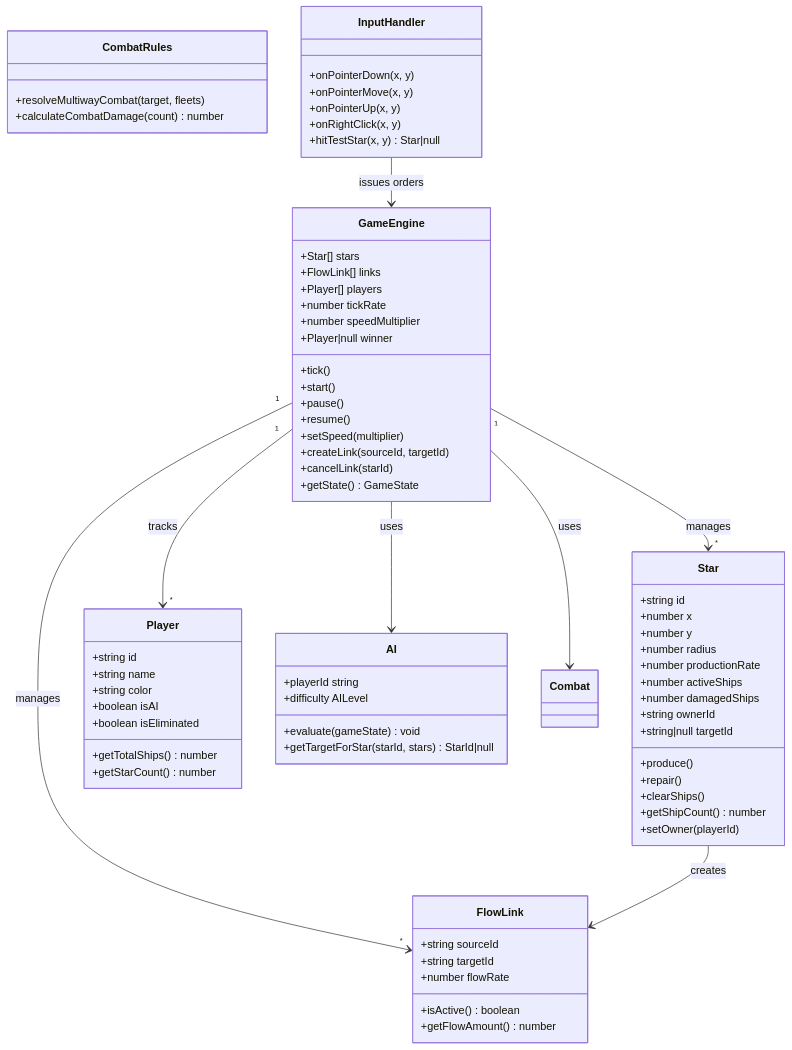
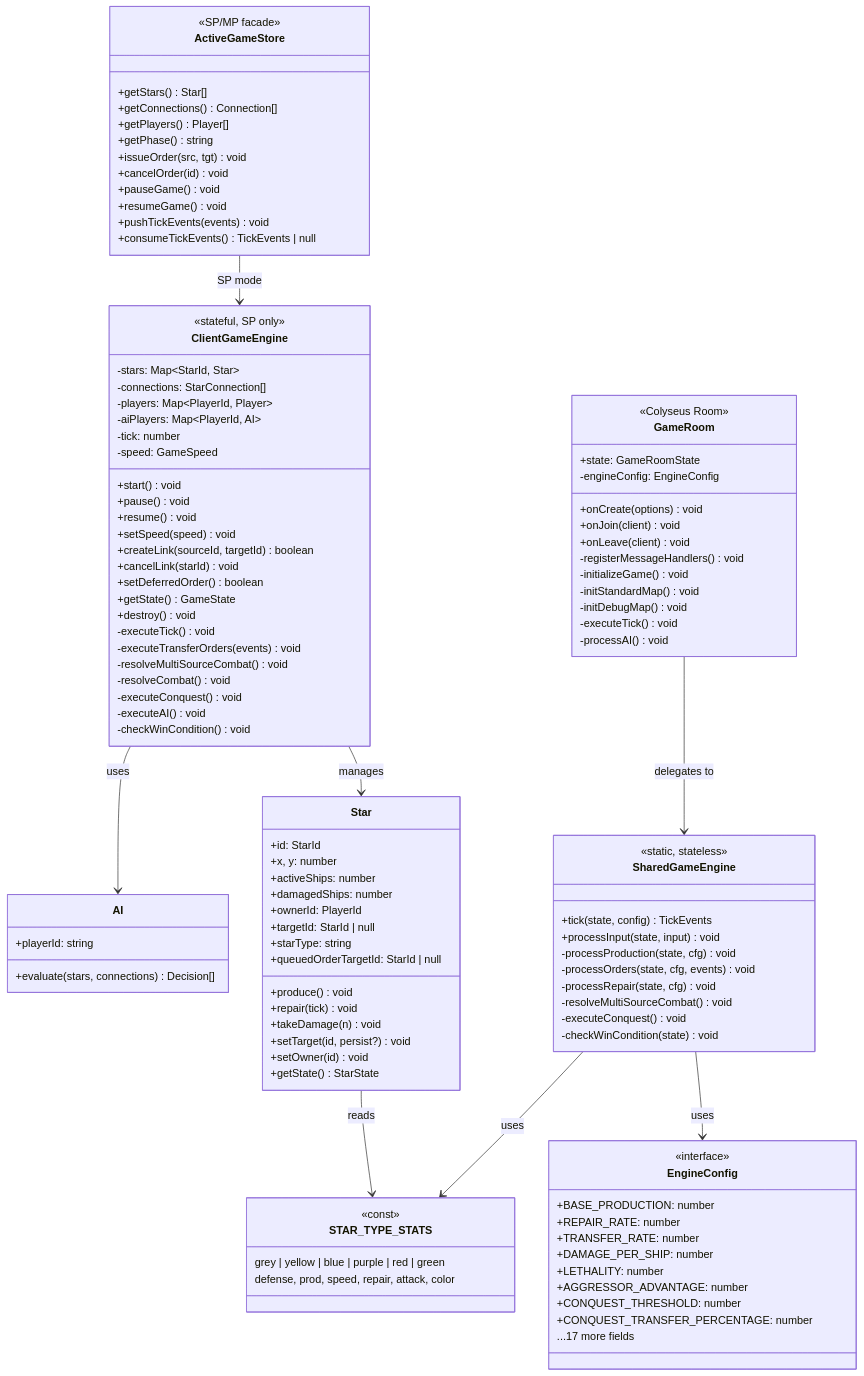
One commit to mikepeiman/pax-fluxia changed the diagram in .atlas/01_ASSET_INVENTORY.md. Above: the diagram before and after it, drawn with Mermaid. The commit also changed other lines of this file and 5 other files, not shown here.

Commit message:
docs: Atlas-first engine unification  update current state, create target state docs

````diff
--- a/.atlas/01_ASSET_INVENTORY.md
+++ b/.atlas/01_ASSET_INVENTORY.md
@@ -10,82 +10,124 @@
 ```mermaid
 classDiagram
-    class GameEngine {
-        +Star[] stars
-        +FlowLink[] links
-        +Player[] players
-        +number tickRate
-        +number speedMultiplier
-        +Player|null winner
-        +tick()
-        +start()
-        +pause()
-        +resume()
-        +setSpeed(multiplier)
-        +createLink(sourceId, targetId)
-        +cancelLink(starId)
+    direction TB
+
+    %% Common Package (@pax/common)
+    class SharedGameEngine {
+        <<static, stateless>>
+        +tick(state, config) TickEvents
+        +processInput(state, input) void
+        -processProduction(state, cfg) void
+        -processOrders(state, cfg, events) void
+        -processRepair(state, cfg) void
+        -resolveMultiSourceCombat() void
+        -executeConquest() void
+        -checkWinCondition(state) void
+    }
+
+    class EngineConfig {
+        <<interface>>
+        +BASE_PRODUCTION: number
+        +REPAIR_RATE: number
+        +TRANSFER_RATE: number
+        +DAMAGE_PER_SHIP: number
+        +LETHALITY: number
+        +AGGRESSOR_ADVANTAGE: number
+        +CONQUEST_THRESHOLD: number
+        +CONQUEST_TRANSFER_PERCENTAGE: number
+        ...17 more fields
+    }
+
+    class STAR_TYPE_STATS {
+        <<const>>
+        grey | yellow | blue | purple | red | green
+        defense, prod, speed, repair, attack, color
+    }
+
+    %% Client Package (pax-fluxia)
+    class ClientGameEngine {
+        <<stateful, SP only>>
+        -stars: Map~StarId, Star~
+        -connections: StarConnection[]
+        -players: Map~PlayerId, Player~
+        -aiPlayers: Map~PlayerId, AI~
+        -tick: number
+        -speed: GameSpeed
+        +start() void
+        +pause() void
+        +resume() void
+        +setSpeed(speed) void
+        +createLink(sourceId, targetId) boolean
+        +cancelLink(starId) void
+        +setDeferredOrder() boolean
         +getState() GameState
+        +destroy() void
+        -executeTick() void
+        -executeTransferOrders(events) void
+        -resolveMultiSourceCombat() void
+        -resolveCombat() void
+        -executeConquest() void
+        -executeAI() void
+        -checkWinCondition() void
     }
 
     class Star {
-        +string id
-        +number x
-        +number y
-        +number radius
-        +number productionRate
-        +number activeShips
-        +number damagedShips
-        +string ownerId
-        +string|null targetId
-        +produce()
-        +repair()
-        +clearShips()
-        +getShipCount() number
-        +setOwner(playerId)
-    }
-
-    class FlowLink {
-        +string sourceId
-        +string targetId
-        +number flowRate
-        +isActive() boolean
-        +getFlowAmount() number
-    }
-
-    class Player {
-        +string id
-        +string name
-        +string color
-        +boolean isAI
-        +boolean isEliminated
-        +getTotalShips() number
-        +getStarCount() number
-    }
-
-    class CombatRules {
-        +resolveMultiwayCombat(target, fleets)
-        +calculateCombatDamage(count) number
+        +id: StarId
+        +x, y: number
+        +activeShips: number
+        +damagedShips: number
+        +ownerId: PlayerId
+        +targetId: StarId | null
+        +starType: string
+        +queuedOrderTargetId: StarId | null
+        +produce() void
+        +repair(tick) void
+        +takeDamage(n) void
+        +setTarget(id, persist?) void
+        +setOwner(id) void
+        +getState() StarState
     }
 
     class AI {
-        +playerId string
-        +difficulty AILevel
-        +evaluate(gameState) void
-        +getTargetForStar(starId, stars) StarId|null
-    }
-    
-    class InputHandler {
-        +onPointerDown(x, y)
-        +onPointerMove(x, y)
-        +onPointerUp(x, y)
-        +onRightClick(x, y)
-        +hitTestStar(x, y) Star|null
+        +playerId: string
+        +evaluate(stars, connections) Decision[]
     }
 
-    GameEngine "1" --> "*" Star : manages
-    GameEngine "1" --> "*" FlowLink : manages
-    GameEngine "1" --> "*" Player : tracks
-    GameEngine --> Combat : uses
-    GameEngine --> AI : uses
-    Star --> FlowLink : creates
-    InputHandler --> GameEngine : issues orders
+    class ActiveGameStore {
+        <<SP/MP facade>>
+        +getStars() Star[]
+        +getConnections() Connection[]
+        +getPlayers() Player[]
+        +getPhase() string
+        +issueOrder(src, tgt) void
+        +cancelOrder(id) void
+        +pauseGame() void
+        +resumeGame() void
+        +pushTickEvents(events) void
+        +consumeTickEvents() TickEvents | null
+    }
+
+    %% Server Package (pax-server)
+    class GameRoom {
+        <<Colyseus Room>>
+        +state: GameRoomState
+        -engineConfig: EngineConfig
+        +onCreate(options) void
+        +onJoin(client) void
+        +onLeave(client) void
+        -registerMessageHandlers() void
+        -initializeGame() void
+        -initStandardMap() void
+        -initDebugMap() void
+        -executeTick() void
+        -processAI() void
+    }
+
+    %% Relationships
+    SharedGameEngine --> EngineConfig : uses
+    SharedGameEngine --> STAR_TYPE_STATS : uses
+    GameRoom --> SharedGameEngine : delegates to
+    ClientGameEngine --> Star : manages
+    ClientGameEngine --> AI : uses
+    Star --> STAR_TYPE_STATS : reads
+    ActiveGameStore --> ClientGameEngine : SP mode
 ```
````
